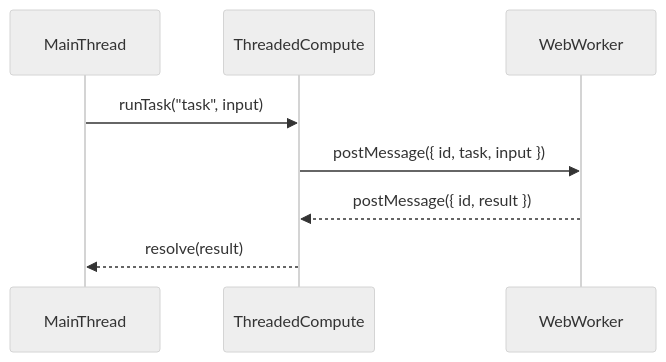
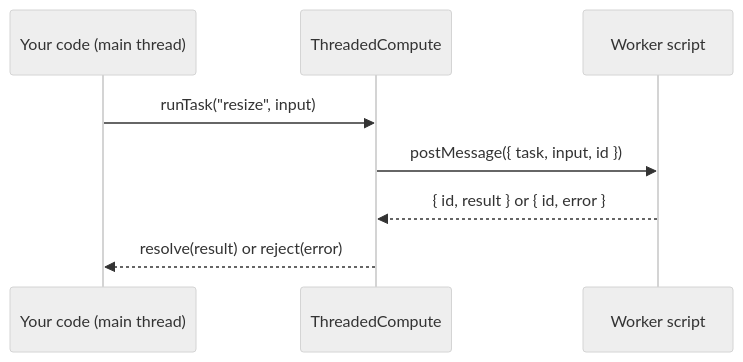
One commit to phun-ky/hybrid-compute changed the third of 4 diagrams in README.md. Above: the diagram before and after it, drawn with Mermaid (neutral theme). The commit also changed other lines of this file and 8 other files, not shown here.

First line of the commit message:
docs: ✏️ redraw the diagrams correctly, as shared inline SVG

````diff
--- a/README.md
+++ b/README.md
@@ -416,12 +424,11 @@
 ```mermaid
 sequenceDiagram
-  participant MainThread
-  participant ThreadedCompute
-  participant WebWorker
+  participant App as Your code (main thread)
+  participant TC as ThreadedCompute
+  participant W as Worker script
 
-  MainThread->>ThreadedCompute: runTask("task", input)
-  ThreadedCompute->>WebWorker: postMessage({ id, task, input })
-  WebWorker-->>ThreadedCompute: postMessage({ id, result })
-  ThreadedCompute-->>MainThread: resolve(result)
-
+  App->>TC: runTask("resize", input)
+  TC->>W: postMessage({ task, input, id })
+  W-->>TC: { id, result } or { id, error }
+  TC-->>App: resolve(result) or reject(error)
 ```
````
